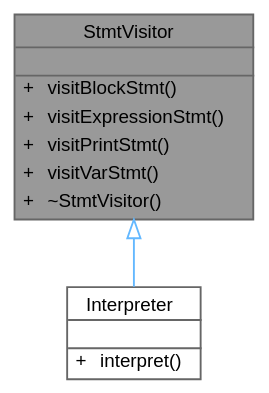
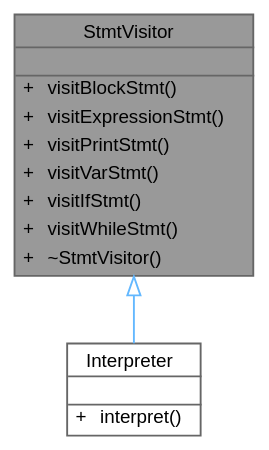
Before and after one commit to helcsnewsxd/gsc-interpreter: the diagram in classStmtVisitor__inherit__graph.dot, drawn with Graphviz. The commit also changed 87 other files, not shown here.

```diff
--- a/classStmtVisitor__inherit__graph.dot
+++ b/classStmtVisitor__inherit__graph.dot
@@ -1,26 +1,28 @@
 digraph "StmtVisitor"
 {
  // LATEX_PDF_SIZE
   bgcolor="transparent";
   edge [fontname=Helvetica,fontsize=10,labelfontname=Helvetica,labelfontsize=10];
   node [fontname=Helvetica,fontsize=10,shape=box,height=0.2,width=0.4];
   Node1 [id="Node000001",shape=plain,label=<<TABLE CELLBORDER="0" BORDER="1"><TR><TD COLSPAN="2" CELLPADDING="1" CELLSPACING="0">StmtVisitor</TD></TR>
 <HR/>
 <TR><TD COLSPAN="2" CELLPADDING="1" CELLSPACING="0">&nbsp;</TD></TR>
 <HR/>
 <TR><TD VALIGN="top" CELLPADDING="1" CELLSPACING="0">+</TD><TD VALIGN="top" ALIGN="LEFT" CELLPADDING="1" CELLSPACING="0">visitBlockStmt()<BR ALIGN="LEFT"/></TD></TR>
 <TR><TD VALIGN="top" CELLPADDING="1" CELLSPACING="0">+</TD><TD VALIGN="top" ALIGN="LEFT" CELLPADDING="1" CELLSPACING="0">visitExpressionStmt()<BR ALIGN="LEFT"/></TD></TR>
 <TR><TD VALIGN="top" CELLPADDING="1" CELLSPACING="0">+</TD><TD VALIGN="top" ALIGN="LEFT" CELLPADDING="1" CELLSPACING="0">visitPrintStmt()<BR ALIGN="LEFT"/></TD></TR>
 <TR><TD VALIGN="top" CELLPADDING="1" CELLSPACING="0">+</TD><TD VALIGN="top" ALIGN="LEFT" CELLPADDING="1" CELLSPACING="0">visitVarStmt()<BR ALIGN="LEFT"/></TD></TR>
+<TR><TD VALIGN="top" CELLPADDING="1" CELLSPACING="0">+</TD><TD VALIGN="top" ALIGN="LEFT" CELLPADDING="1" CELLSPACING="0">visitIfStmt()<BR ALIGN="LEFT"/></TD></TR>
+<TR><TD VALIGN="top" CELLPADDING="1" CELLSPACING="0">+</TD><TD VALIGN="top" ALIGN="LEFT" CELLPADDING="1" CELLSPACING="0">visitWhileStmt()<BR ALIGN="LEFT"/></TD></TR>
 <TR><TD VALIGN="top" CELLPADDING="1" CELLSPACING="0">+</TD><TD VALIGN="top" ALIGN="LEFT" CELLPADDING="1" CELLSPACING="0">~StmtVisitor()<BR ALIGN="LEFT"/></TD></TR>
 </TABLE>>
 ,height=0.2,width=0.4,color="gray40", fillcolor="grey60", style="filled", fontcolor="black",tooltip="Abstract base class for statement visitors."];
   Node1 -> Node2 [id="edge1_Node000001_Node000002",dir="back",color="steelblue1",style="solid",tooltip=" ",arrowtail="onormal"];
   Node2 [id="Node000002",shape=plain,label=<<TABLE CELLBORDER="0" BORDER="1"><TR><TD COLSPAN="2" CELLPADDING="1" CELLSPACING="0">Interpreter</TD></TR>
 <HR/>
 <TR><TD COLSPAN="2" CELLPADDING="1" CELLSPACING="0">&nbsp;</TD></TR>
 <HR/>
 <TR><TD VALIGN="top" CELLPADDING="1" CELLSPACING="0">+</TD><TD VALIGN="top" ALIGN="LEFT" CELLPADDING="1" CELLSPACING="0">interpret()<BR ALIGN="LEFT"/></TD></TR>
 </TABLE>>
 ,height=0.2,width=0.4,color="gray40", fillcolor="white", style="filled",URL="$classInterpreter.html",tooltip="The Interpreter class evaluates statements and expressions in the GSC."];
 }
```
